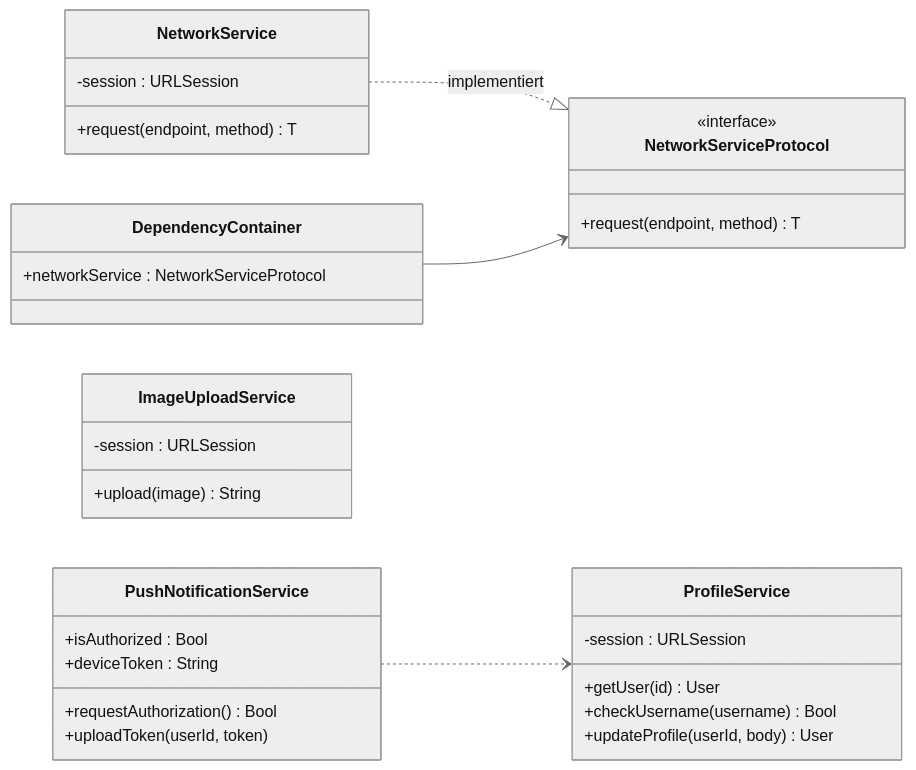
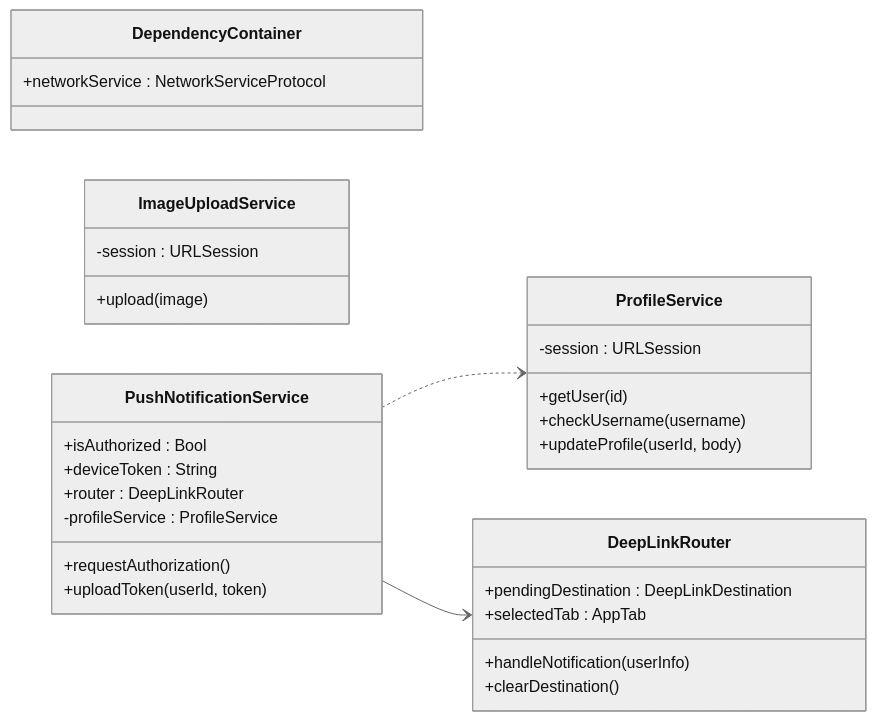
One commit to Bebin29/sidequest changed the second of 3 diagrams in docs/software/klassendiagramm.md. Above: the diagram before and after it, drawn with Mermaid (neutral theme). The commit also changed other lines of this file and 14 other files, not shown here.

Commit message:
refactor: Remove dead code, add UML diagrams (class, use-case, sequence)

````diff
--- a/docs/software/klassendiagramm.md
+++ b/docs/software/klassendiagramm.md
@@ -317,41 +153,39 @@
 ```mermaid
 classDiagram
     direction LR
-
-    class NetworkServiceProtocol {
-        <<interface>>
-        +request(endpoint, method) T
-    }
-
-    class NetworkService {
-        -session : URLSession
-        +request(endpoint, method) T
-    }
 
     class DependencyContainer {
         +networkService : NetworkServiceProtocol
     }
 
     class ProfileService {
         -session : URLSession
-        +getUser(id) User
-        +checkUsername(username) Bool
-        +updateProfile(userId, body) User
+        +getUser(id)
+        +checkUsername(username)
+        +updateProfile(userId, body)
     }
 
     class ImageUploadService {
         -session : URLSession
-        +upload(image) String
+        +upload(image)
     }
 
     class PushNotificationService {
         +isAuthorized : Bool
         +deviceToken : String
-        +requestAuthorization() Bool
+        +router : DeepLinkRouter
+        -profileService : ProfileService
+        +requestAuthorization()
         +uploadToken(userId, token)
     }
 
-    NetworkService ..|> NetworkServiceProtocol : implementiert
-    DependencyContainer --> NetworkServiceProtocol
+    class DeepLinkRouter {
+        +pendingDestination : DeepLinkDestination
+        +selectedTab : AppTab
+        +handleNotification(userInfo)
+        +clearDestination()
+    }
+
     PushNotificationService ..> ProfileService
+    PushNotificationService --> DeepLinkRouter
 ```
````
